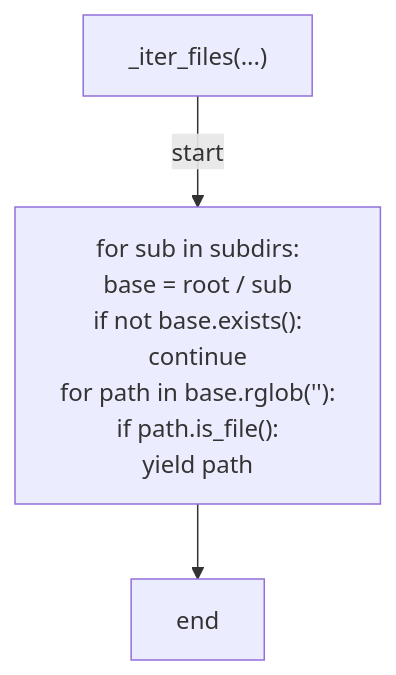
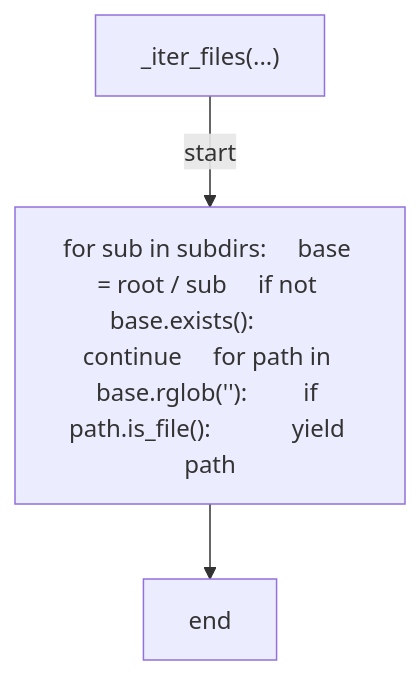
Before and after one commit to tvna/claude-md: the fourth of 9 diagrams in docs/generated/scripts/ast/uv_pin.md, drawn with Mermaid. The commit also changed other lines of this file and 15 other files, not shown here.

First line of the commit message:
docs(generated): regenerate decision tree and workflow diagrams (batch 5/5)

````diff
--- a/docs/generated/scripts/ast/uv_pin.md
+++ b/docs/generated/scripts/ast/uv_pin.md
@@ -105,14 +86,8 @@
 ```mermaid
 flowchart TD
     N001["_iter_files(...)"]
-    N002["for sub in subdirs:
-    base = root / sub
-    if not base.exists():
-        continue
-    for path in base.rglob('<str>'):
-        if path.is_file():
-            yield path"]
+    N002["for sub in subdirs:     base = root / sub     if not base.exists():         continue     for path in base.rglob('<str>'):         if path.is_file():             yield path"]
     N003["end"]
     N001 -->|"start"| N002
     N002 --> N003
 ```
````
